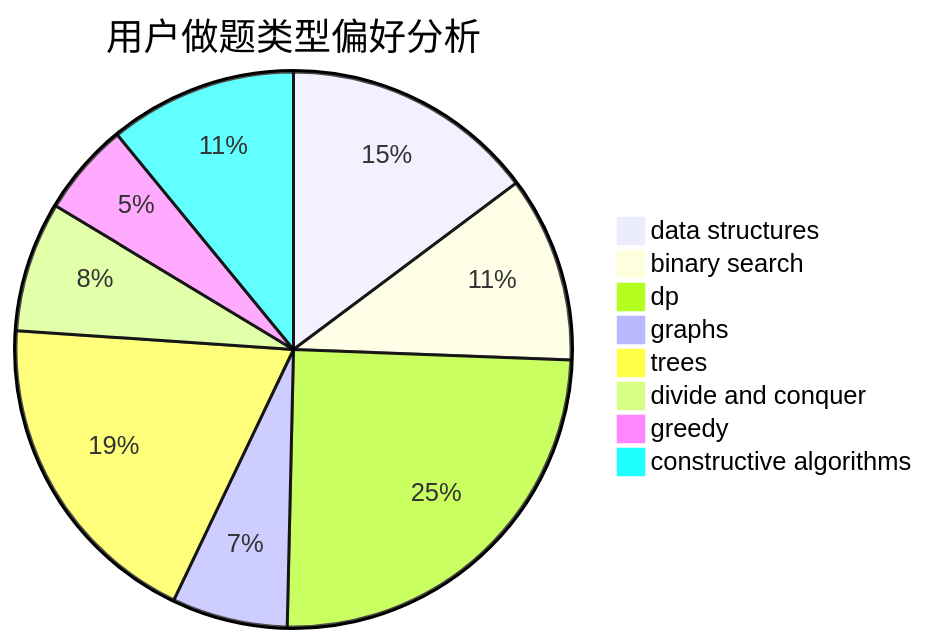
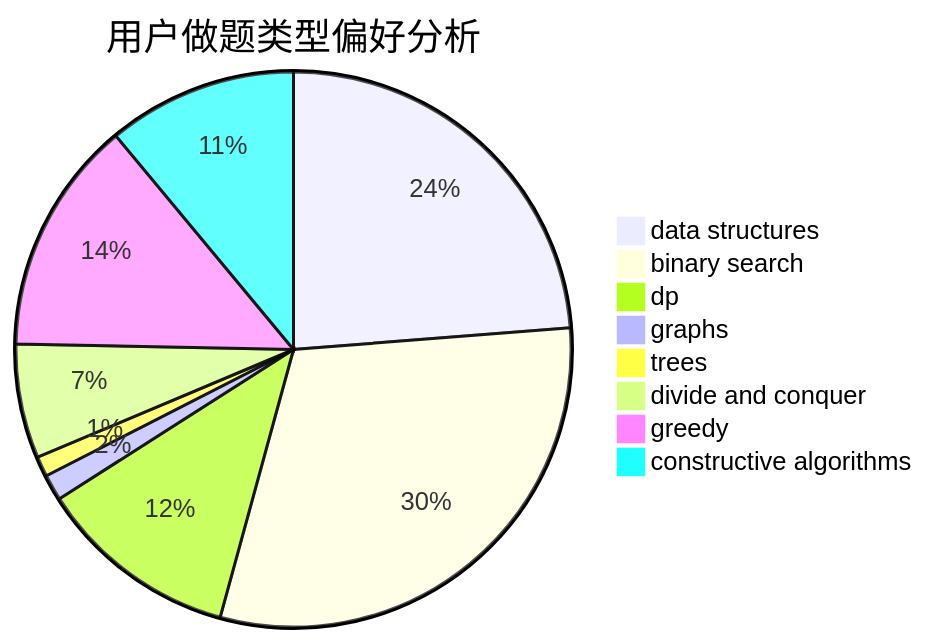
The second of 3 diagrams in docs/user/u1054.md (sherpahu/cfrs.github.io), drawn with Mermaid before and after one commit. The commit also changed other lines of this file and 2770 other files, not shown here.

````diff
--- a/docs/user/u1054.md
+++ b/docs/user/u1054.md
@@ -23,11 +23,11 @@
 ```mermaid
 pie title 用户做题类型偏好分析
-    "data structures" :  123
-    "binary search" :  90
-    "dp" :  206
-    "graphs" :  56
-    "trees" :  158
-    "divide and conquer" :  63
-    "greedy" :  45
-    "constructive algorithms" :  91
+    "data structures" :  282
+    "binary search" :  362
+    "dp" :  139
+    "graphs" :  18
+    "trees" :  14
+    "divide and conquer" :  79
+    "greedy" :  162
+    "constructive algorithms" :  131
 ```
````
